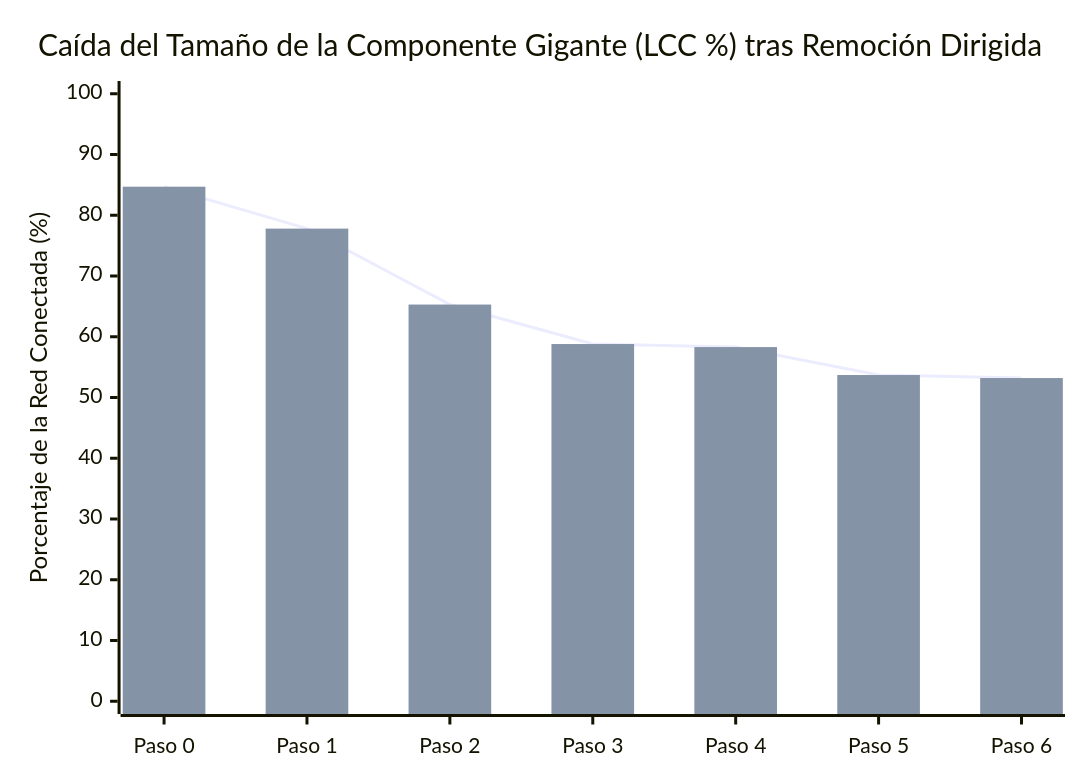
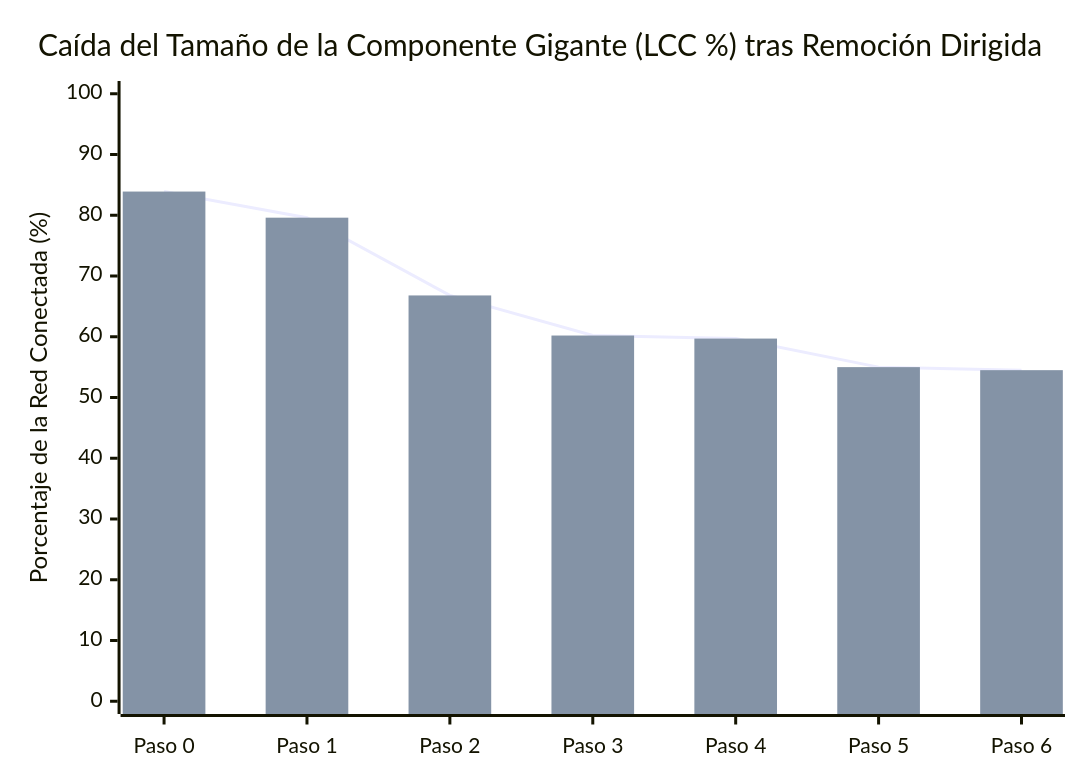
One commit to 0kamir/ftm-chile changed the diagram in 05_Vistas_Analiticas/Simulacion_Desarticulacion_Red.md. Above: the diagram before and after it, drawn with Mermaid. The commit also changed other lines of this file and 38 other files, not shown here.

````diff
--- a/05_Vistas_Analiticas/Simulacion_Desarticulacion_Red.md
+++ b/05_Vistas_Analiticas/Simulacion_Desarticulacion_Red.md
@@ -19,8 +19,8 @@
 ```mermaid
 xychart-beta
   title "Caída del Tamaño de la Componente Gigante (LCC %) tras Remoción Dirigida"
   x-axis ["Paso 0", "Paso 1", "Paso 2", "Paso 3", "Paso 4", "Paso 5", "Paso 6"]
   y-axis "Porcentaje de la Red Conectada (%)" 0 --> 100
-  line [84.7, 77.8, 65.3, 58.8, 58.3, 53.7, 53.2]
-  bar [84.7, 77.8, 65.3, 58.8, 58.3, 53.7, 53.2]
+  line [83.9, 79.6, 66.8, 60.2, 59.7, 55.0, 54.5]
+  bar [83.9, 79.6, 66.8, 60.2, 59.7, 55.0, 54.5]
 ```
````
